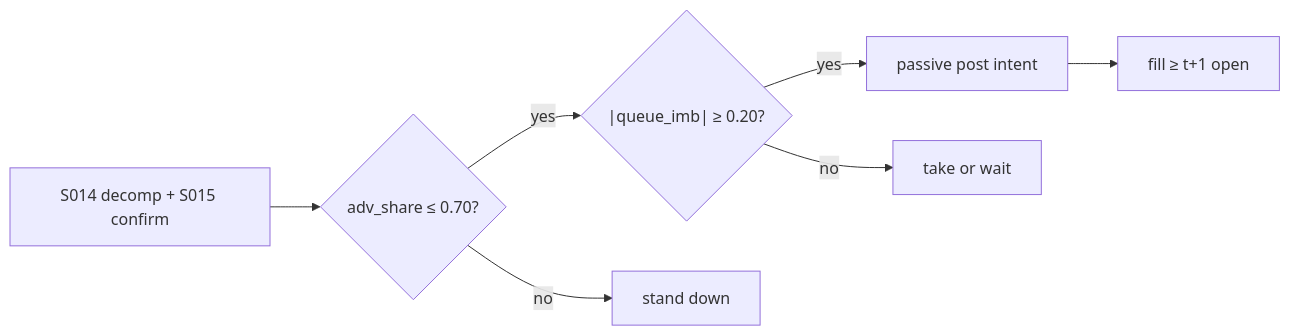
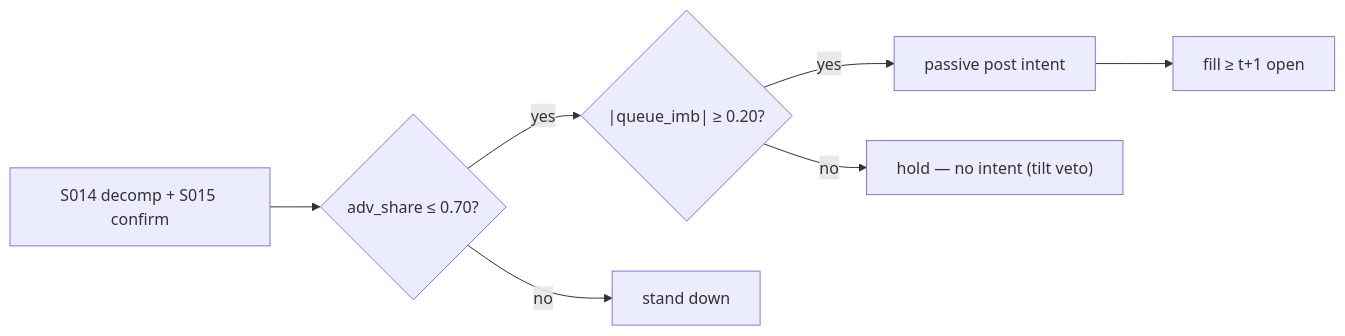
Before and after one commit to praveenguptahcl/quant-signals-deep: the diagram in modules/strategies/T028.md, drawn with Mermaid. The commit also changed other lines of this file and 275 other files, not shown here.

````diff
--- a/modules/strategies/T028.md
+++ b/modules/strategies/T028.md
@@ -475,9 +524,9 @@
 ```mermaid
 flowchart LR
     SIG["S014 decomp + S015 confirm"] --> D{"adv_share ≤ 0.70?"}
     D -->|yes| Q{"|queue_imb| ≥ 0.20?"}
     D -->|no| DOWN["stand down"]
     Q -->|yes| POST["passive post intent"]
-    Q -->|no| TAKE["take or wait"]
+    Q -->|no| HOLDM["hold — no intent (tilt veto)"]
     POST --> FILL["fill ≥ t+1 open"]
 ```
````
